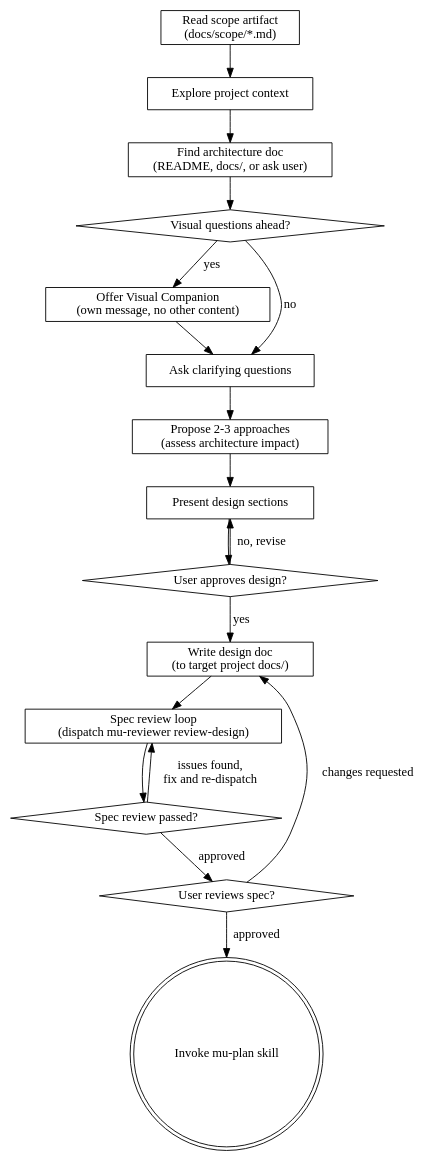
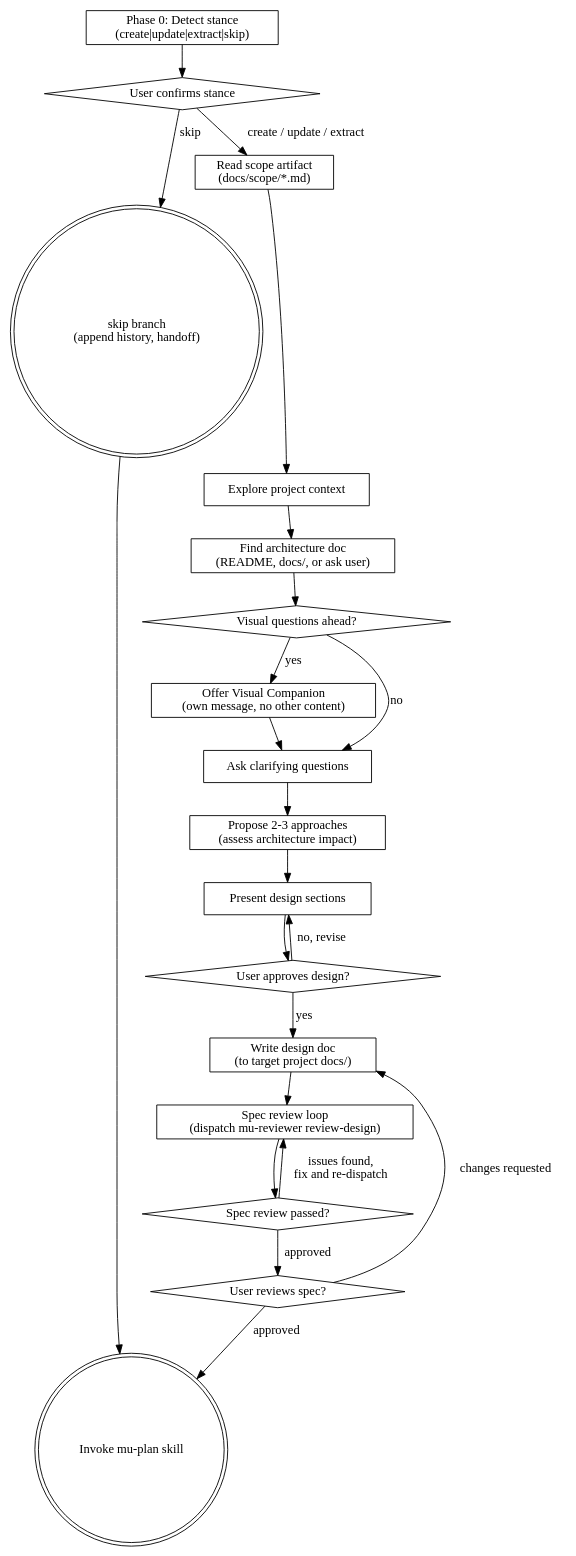
Before and after one commit to knotmark-ai/devmuse: the diagram in skills/mu-arch/SKILL.md, drawn with Graphviz. The commit also changed other lines of this file and 50 other files, not shown here.

````diff
--- a/skills/mu-arch/SKILL.md
+++ b/skills/mu-arch/SKILL.md
@@ -44,36 +75,43 @@
 ```dot
 digraph mu_design {
+    "Phase 0: Detect stance\n(create|update|extract|skip)" [shape=box];
+    "User confirms stance" [shape=diamond];
+    "skip branch\n(append history, handoff)" [shape=doublecircle];
     "Read scope artifact\n(docs/scope/*.md)" [shape=box];
     "Explore project context" [shape=box];
     "Find architecture doc\n(README, docs/, or ask user)" [shape=box];
     "Visual questions ahead?" [shape=diamond];
     "Offer Visual Companion\n(own message, no other content)" [shape=box];
     "Ask clarifying questions" [shape=box];
     "Propose 2-3 approaches\n(assess architecture impact)" [shape=box];
     "Present design sections" [shape=box];
     "User approves design?" [shape=diamond];
     "Write design doc\n(to target project docs/)" [shape=box];
     "Spec review loop\n(dispatch mu-reviewer review-design)" [shape=box];
     "Spec review passed?" [shape=diamond];
     "User reviews spec?" [shape=diamond];
     "Invoke mu-plan skill" [shape=doublecircle];
 
+    "Phase 0: Detect stance\n(create|update|extract|skip)" -> "User confirms stance";
+    "User confirms stance" -> "skip branch\n(append history, handoff)" [label="skip"];
+    "User confirms stance" -> "Read scope artifact\n(docs/scope/*.md)" [label="create / update / extract"];
+    "skip branch\n(append history, handoff)" -> "Invoke mu-plan skill";
     "Read scope artifact\n(docs/scope/*.md)" -> "Explore project context";
     "Explore project context" -> "Find architecture doc\n(README, docs/, or ask user)";
     "Find architecture doc\n(README, docs/, or ask user)" -> "Visual questions ahead?";
     "Visual questions ahead?" -> "Offer Visual Companion\n(own message, no other content)" [label="yes"];
     "Visual questions ahead?" -> "Ask clarifying questions" [label="no"];
     "Offer Visual Companion\n(own message, no other content)" -> "Ask clarifying questions";
     "Ask clarifying questions" -> "Propose 2-3 approaches\n(assess architecture impact)";
     "Propose 2-3 approaches\n(assess architecture impact)" -> "Present design sections";
     "Present design sections" -> "User approves design?";
     "User approves design?" -> "Present design sections" [label="no, revise"];
     "User approves design?" -> "Write design doc\n(to target project docs/)" [label="yes"];
     "Write design doc\n(to target project docs/)" -> "Spec review loop\n(dispatch mu-reviewer review-design)";
     "Spec review loop\n(dispatch mu-reviewer review-design)" -> "Spec review passed?";
     "Spec review passed?" -> "Spec review loop\n(dispatch mu-reviewer review-design)" [label="issues found,\nfix and re-dispatch"];
     "Spec review passed?" -> "User reviews spec?" [label="approved"];
     "User reviews spec?" -> "Write design doc\n(to target project docs/)" [label="changes requested"];
     "User reviews spec?" -> "Invoke mu-plan skill" [label="approved"];
 }
 ```
````
